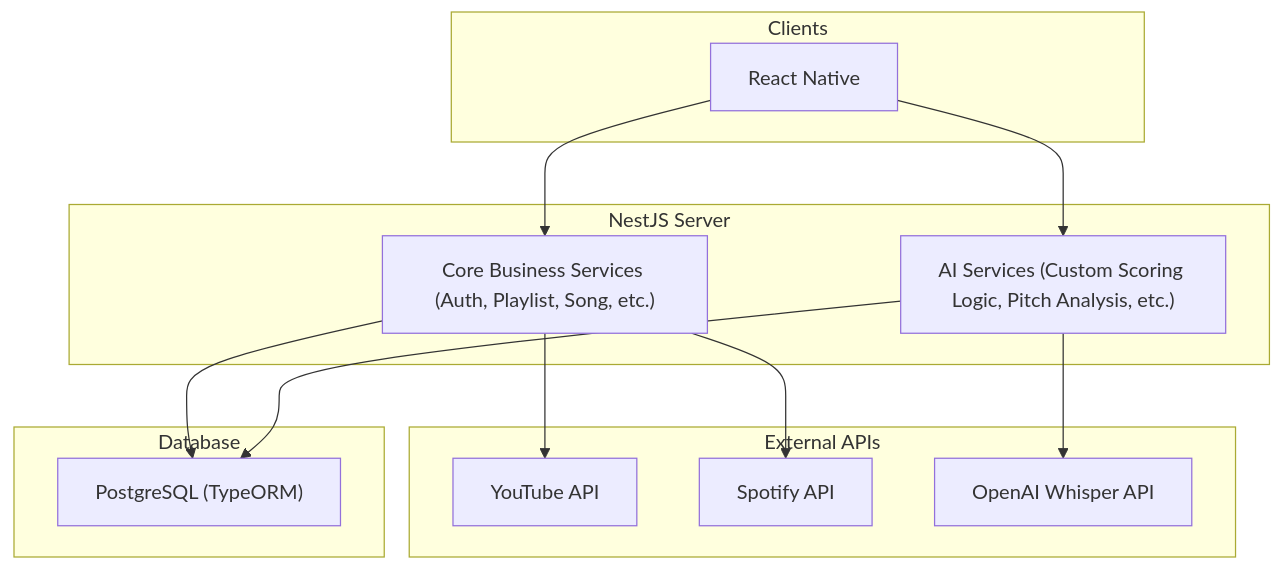
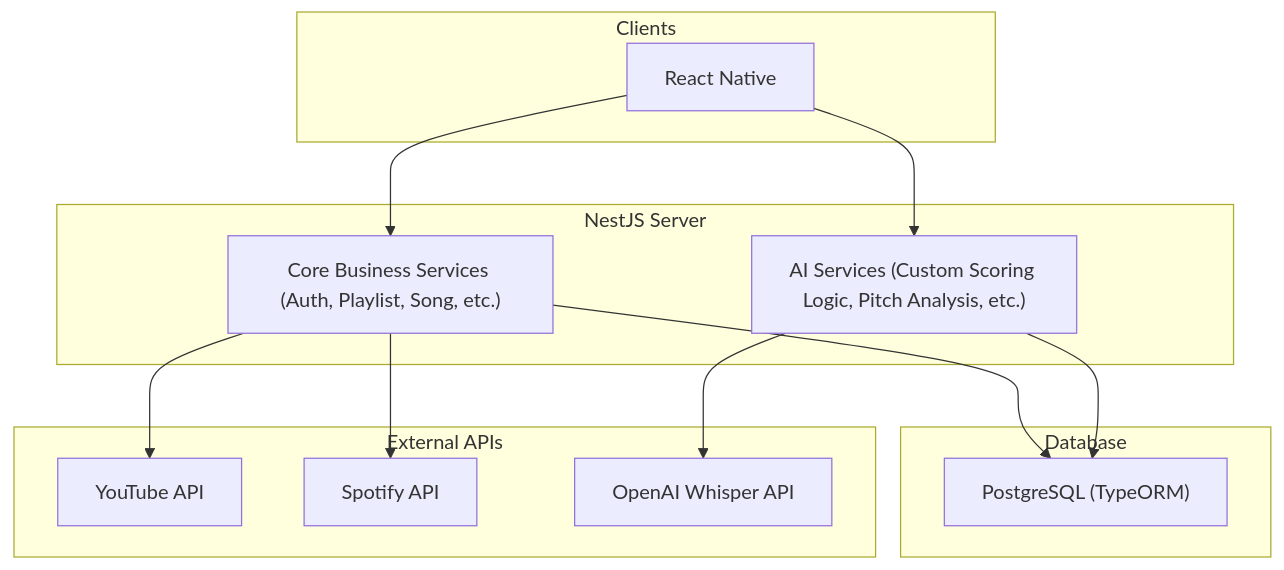
One commit to manoke-uit/.github changed the second of 2 diagrams in README.md. Above: the diagram before and after it, drawn with Mermaid. The commit also changed other lines of this file, not shown here.

````diff
--- a/README.md
+++ b/README.md
@@ -81,39 +81,39 @@
 ``` mermaid
 flowchart TD
     %% Consumers
     subgraph Clients
         MobileApp["React Native"]
     end
 
     %% Backend Services Grouped
     subgraph NestJS Server
         CoreLogic["Core Business Services (Auth, Playlist, Song, etc.)"]
         AILogic["AI Services (Custom Scoring Logic, Pitch Analysis, etc.)"]
     end
 
     %% External APIs
     subgraph External APIs
         YouTube["YouTube API"]
         Spotify["Spotify API"]
         Whisper["OpenAI Whisper API"]
     end
 
     %% Database
     subgraph Database
         PostgreSQL["PostgreSQL (TypeORM)"]
     end
 
     %% Flow
     
     MobileApp --> CoreLogic
     MobileApp --> AILogic
 
-    CoreLogic --> YouTube
-    CoreLogic --> Spotify
-
-    CoreLogic --> PostgreSQL
     AILogic --> PostgreSQL
     AILogic --> Whisper
 
+    CoreLogic --> YouTube
+    CoreLogic --> Spotify
+    CoreLogic --> PostgreSQL
+
 
 ```
````
